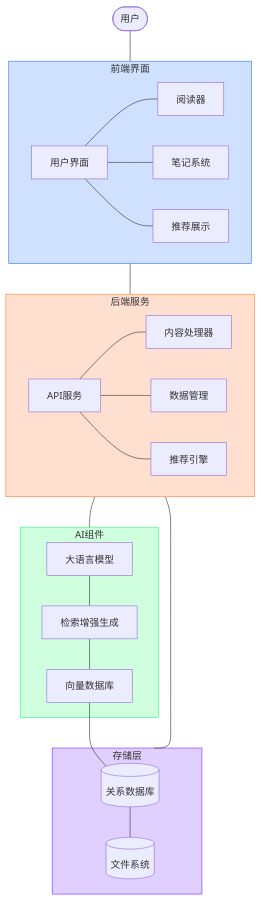
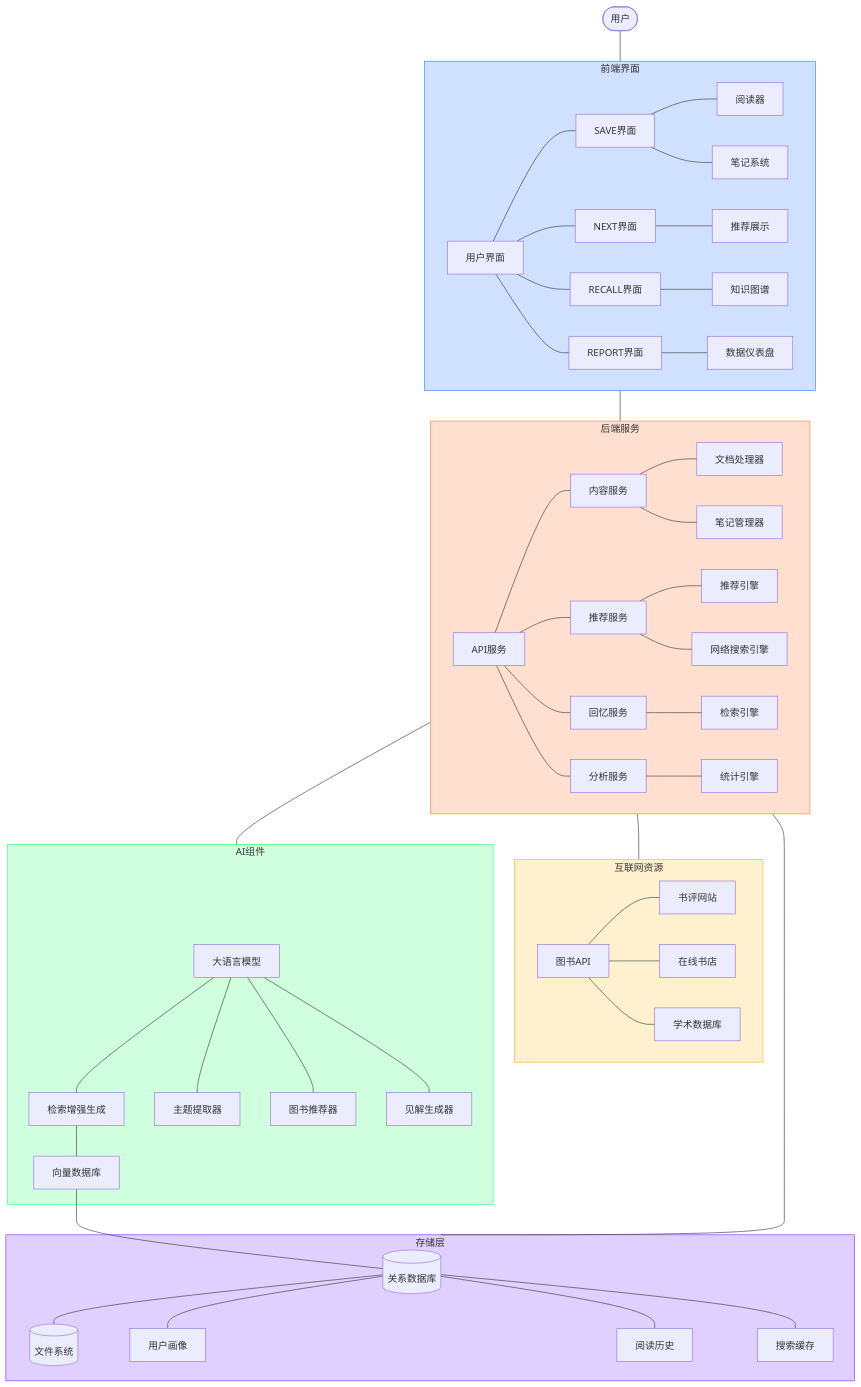
The first of 9 diagrams in MyStartups/NextBook/README.md (EnigmaWU/MyLLM_Arena), drawn with Mermaid before and after one commit. The commit also changed other lines of this file, not shown here.

Commit message:
更新《README.md》，添加来源和算法部分，详细描述实时搜索、专业书评网站和学术数据库的整合，优化前后端架构图，增强用户对NextBook Agent功能的理解

````diff
--- a/MyStartups/NextBook/README.md
+++ b/MyStartups/NextBook/README.md
@@ -104,35 +108,64 @@
 ```mermaid
 flowchart TD
     User([用户]) --- Frontend
     
     subgraph Frontend["前端界面"]
-        UI[用户界面] --- Reader[阅读器]
-        UI --- Notes[笔记系统]
-        UI --- Recommend[推荐展示]
+        UI[用户界面] --- SaveUI[SAVE界面]
+        UI --- NextUI[NEXT界面]
+        UI --- RecallUI[RECALL界面]
+        UI --- ReportUI[REPORT界面]
+        
+        SaveUI --- Reader[阅读器]
+        SaveUI --- Notes[笔记系统]
+        NextUI --- Recommend[推荐展示]
+        RecallUI --- KnowledgeMap[知识图谱]
+        ReportUI --- Dashboard[数据仪表盘]
     end
     
     subgraph Backend["后端服务"]
-        API[API服务] --- ContentProcessor[内容处理器]
-        API --- DataManager[数据管理]
-        API --- RecommendEngine[推荐引擎]
+        API[API服务] --- ContentService[内容服务]
+        API --- RecommendService[推荐服务]
+        API --- RecallService[回忆服务]
+        API --- AnalyticsService[分析服务]
+        
+        ContentService --- DocumentProcessor[文档处理器]
+        ContentService --- NoteManager[笔记管理器]
+        RecommendService --- RecommendEngine[推荐引擎]
+        RecommendService --- WebSearchEngine[网络搜索引擎]
+        RecallService --- SearchEngine[检索引擎]
+        AnalyticsService --- StatisticsEngine[统计引擎]
+    end
+    
+    subgraph Internet["互联网资源"]
+        BookAPI[图书API] --- ReviewSites[书评网站]
+        BookAPI --- BookStores[在线书店]
+        BookAPI --- AcademicDB[学术数据库]
     end
     
     subgraph AI["AI组件"]
         LLM[大语言模型] --- RAG[检索增强生成]
         RAG --- VectorDB[向量数据库]
+        LLM --- TopicExtractor[主题提取器]
+        LLM --- BookRecommender[图书推荐器]
+        LLM --- InsightGenerator[见解生成器]
     end
     
     subgraph Storage["存储层"]
         DB[(关系数据库)] --- FileSystem[(文件系统)]
         VectorDB --- DB
+        DB --- UserProfile[用户画像]
+        DB --- ReadingHistory[阅读历史]
+        DB --- SearchCache[搜索缓存]
     end
     
     Frontend --- Backend
     Backend --- AI
     Backend --- Storage
+    Backend --- Internet
     
     style Frontend fill:#d0e0ff,stroke:#3080ff
     style Backend fill:#ffe0d0,stroke:#ff8030
     style AI fill:#d0ffe0,stroke:#30ff80
     style Storage fill:#e0d0ff,stroke:#8030ff
+    style Internet fill:#fff0d0,stroke:#ffb030
 ```
````
